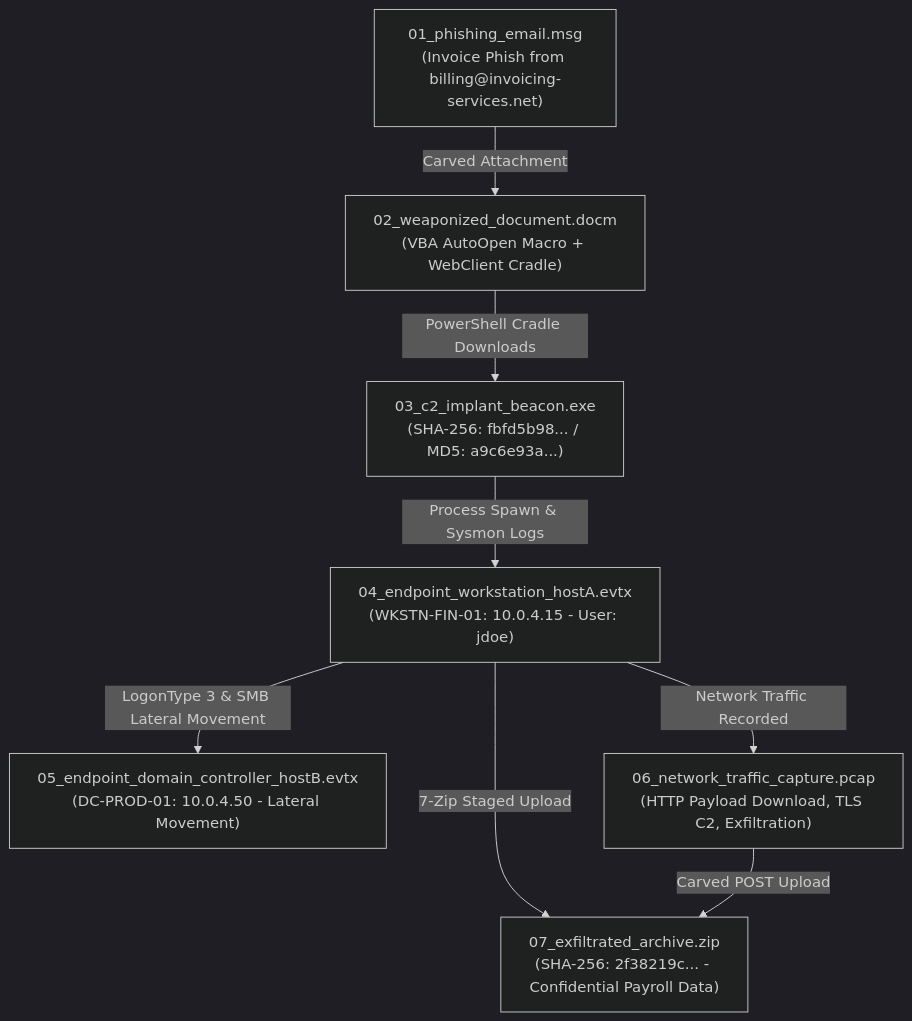
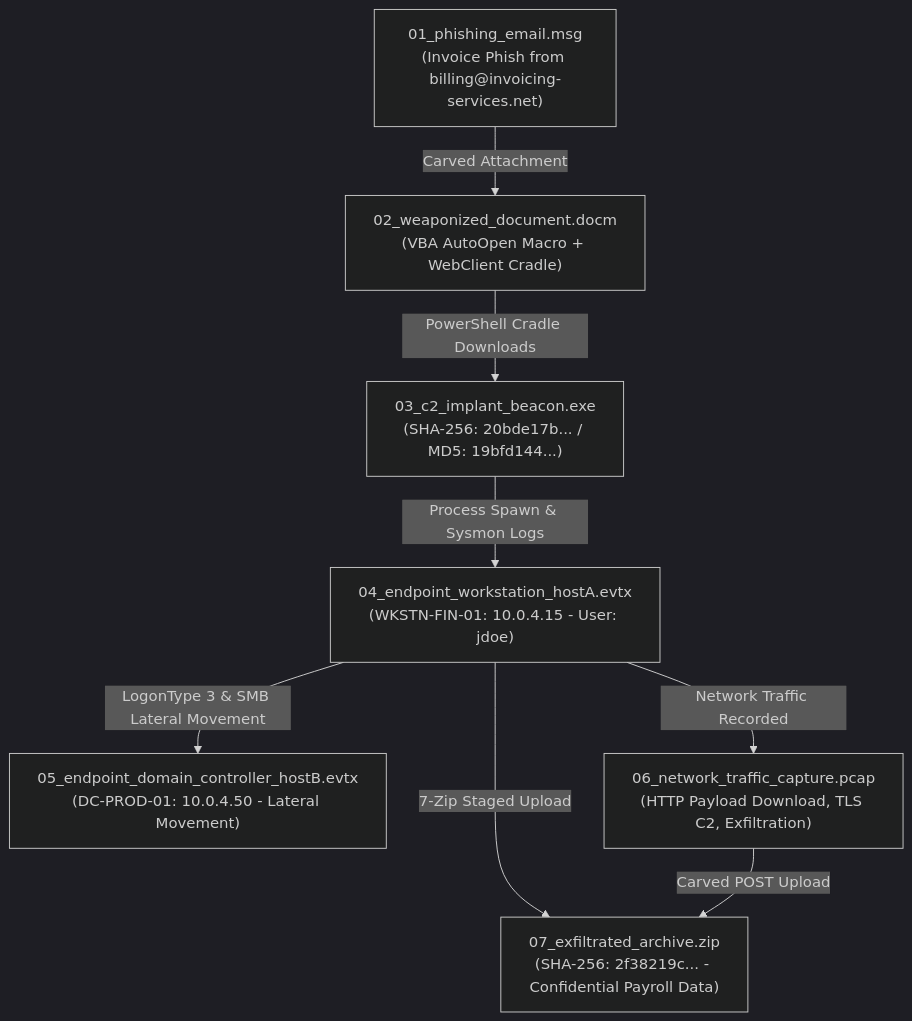
The diagram in test-files/correlated_investigation/README.md (jozeta/FileSanitizer), drawn with Mermaid (dark theme) before and after one commit. The commit also changed other lines of this file and 12 other files, not shown here.

````diff
--- a/test-files/correlated_investigation/README.md
+++ b/test-files/correlated_investigation/README.md
@@ -11,18 +11,18 @@
 ```mermaid
 flowchart TD
     Email["01_phishing_email.msg<br/>(Invoice Phish from billing@invoicing-services.net)"]
     Doc["02_weaponized_document.docm<br/>(VBA AutoOpen Macro + WebClient Cradle)"]
-    Implant["03_c2_implant_beacon.exe<br/>(SHA-256: fbfd5b98... / MD5: a9c6e93a...)"]
+    Implant["03_c2_implant_beacon.exe<br/>(SHA-256: 20bde17b... / MD5: 19bfd144...)"]
     HostA["04_endpoint_workstation_hostA.evtx<br/>(WKSTN-FIN-01: 10.0.4.15 - User: jdoe)"]
     HostB["05_endpoint_domain_controller_hostB.evtx<br/>(DC-PROD-01: 10.0.4.50 - Lateral Movement)"]
     Network["06_network_traffic_capture.pcap<br/>(HTTP Payload Download, TLS C2, Exfiltration)"]
     Exfil["07_exfiltrated_archive.zip<br/>(SHA-256: 2f38219c... - Confidential Payroll Data)"]
 
     Email -->|Carved Attachment| Doc
     Doc -->|PowerShell Cradle Downloads| Implant
     Implant -->|Process Spawn & Sysmon Logs| HostA
     HostA -->|Network Traffic Recorded| Network
     HostA -->|LogonType 3 & SMB Lateral Movement| HostB
     HostA -->|7-Zip Staged Upload| Exfil
     Network -->|Carved POST Upload| Exfil
 ```
````
